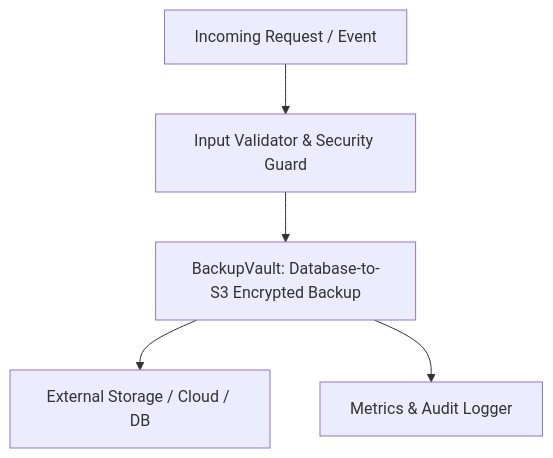
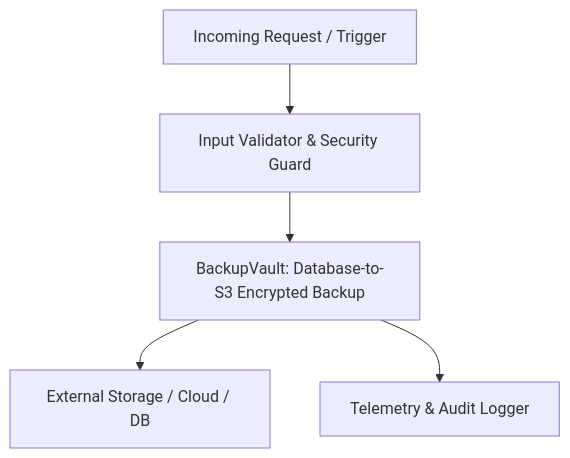
The diagram in README.md (smit-backend/laravel-backup-vault), drawn with Mermaid before and after one commit. The commit also changed other lines of this file, not shown here.

Commit message:
docs(readme): add detailed architectural flowchart, usage examples, and badges

````diff
--- a/README.md
+++ b/README.md
@@ -23,7 +23,7 @@
 ```mermaid
 graph TD
-    Client[Incoming Request / Event] --> Gate[Input Validator & Security Guard]
+    Client[Incoming Request / Trigger] --> Gate[Input Validator & Security Guard]
     Gate --> CoreEngine[BackupVault: Database-to-S3 Encrypted Backup]
     CoreEngine --> Adapter[External Storage / Cloud / DB]
-    CoreEngine --> Observer[Metrics & Audit Logger]
+    CoreEngine --> Observer[Telemetry & Audit Logger]
 ```
````
